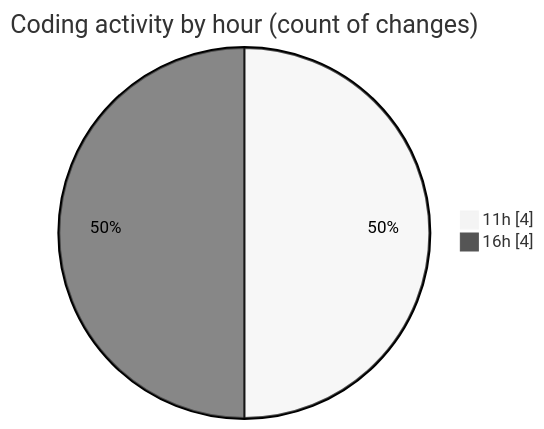
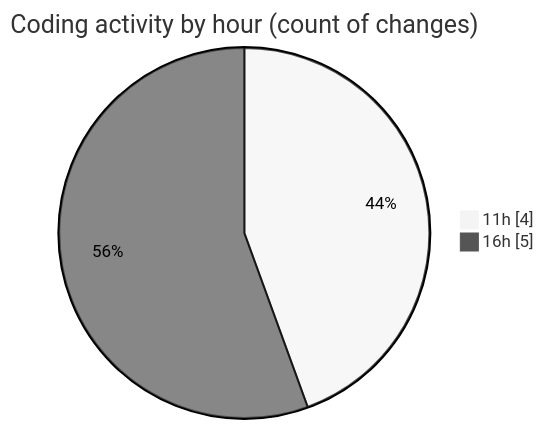
The second of 2 diagrams in 2025-05-17/javacript/README.md (nxtqubesakshisongat/code-tracking), drawn with Mermaid (neutral theme) before and after one commit. The commit also changed other lines of this file and 1 other file, not shown here.

````diff
--- a/2025-05-17/javacript/README.md
+++ b/2025-05-17/javacript/README.md
@@ -30,6 +30,6 @@
 ```mermaid
 pie showData
 title Coding activity by hour (count of changes)
 "11h" : 4
-"16h" : 4
+"16h" : 5
 ```
````
